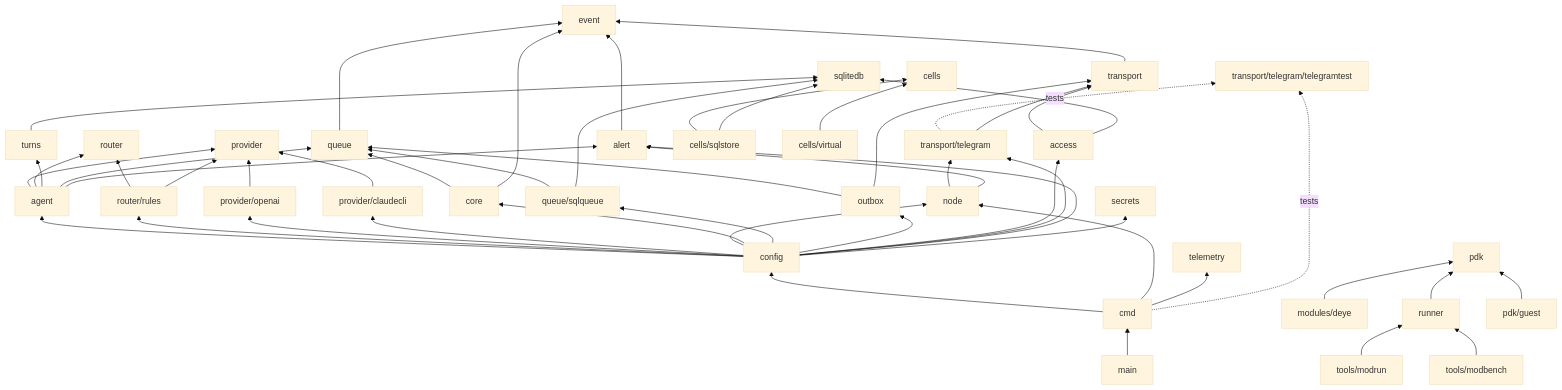
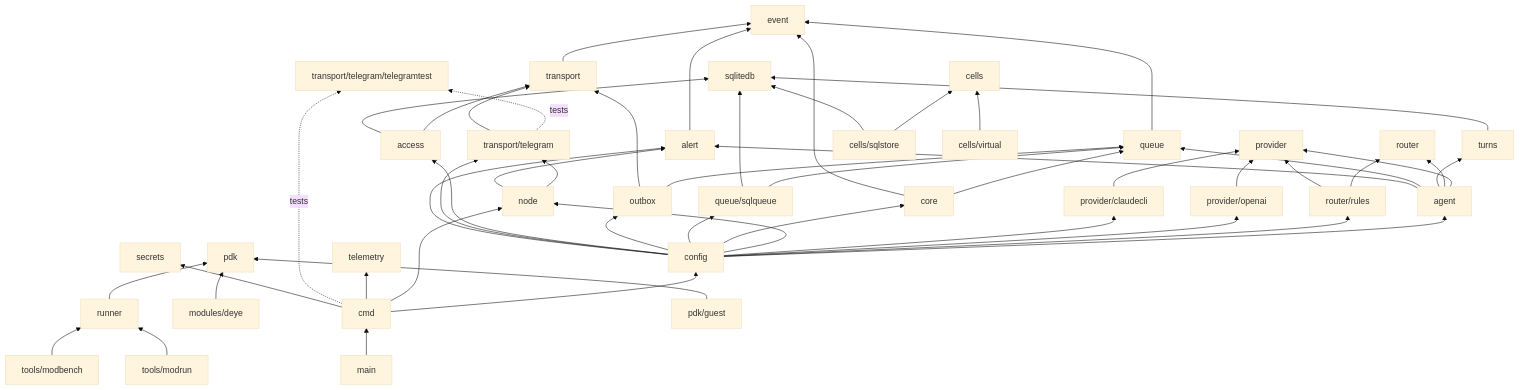
One commit to igorrius/ganglion changed the diagram in docs/architecture/05-code-map.md. Above: the diagram before and after it, drawn with Mermaid (base theme). The commit also changed 4 other files, not shown here.

````diff
--- a/docs/architecture/05-code-map.md
+++ b/docs/architecture/05-code-map.md
@@ -57,60 +57,60 @@
 ```mermaid
 flowchart BT
     event["event"]
     transport["transport"] --> event
     queue["queue"] --> event
     provider["provider"]
     router["router"]
     openaip["provider/openai"] --> provider
     claudecli["provider/claudecli"] --> provider
     rulesp["router/rules"] --> router
     rulesp --> provider
     turnsp["turns"] --> sqlitedb
     agentp["agent"] --> provider
     agentp --> router
     agentp --> turnsp
     agentp --> queue
     configp --> agentp
     configp --> rulesp
     configp --> openaip
     configp --> claudecli
     node["node"]
     configp["config"] --> node
     cmd["cmd"] --> configp
     mainp["main"] --> cmd
     cmd --> node
     cmd --> telemetryp["telemetry"]
     corep["core"] --> queue
     corep --> event
     tgtest["transport/telegram/telegramtest"]
     tgp -. tests .-> tgtest
     cmd -. tests .-> tgtest
     configp --> corep
     configp --> sqlqueue
     configp --> outboxp
     configp --> accessp
     configp --> tgp["transport/telegram"]
     node --> tgp
     node --> alertp
     tgp --> transport
     pdk["pdk"]
     deye["modules/deye"] --> pdk
     runner["runner"] --> pdk
     modrun["tools/modrun"] --> runner
     modbench["tools/modbench"] --> runner
     guest["pdk/guest"] --> pdk
     cellsp["cells"]
     sqlstore["cells/sqlstore"] --> cellsp
     sqlstore --> sqlitedb["sqlitedb"]
     virtualb["cells/virtual"] --> cellsp
     sqlqueue["queue/sqlqueue"] --> queue
     sqlqueue --> sqlitedb
     outboxp["outbox"] --> queue
     outboxp --> transport
     accessp["access"] --> transport
     accessp --> sqlitedb
     alertp["alert"] --> event
     agentp --> alertp
     configp --> alertp
-    configp --> secretsp["secrets"]
+    cmd --> secretsp["secrets"]
 ```
````
